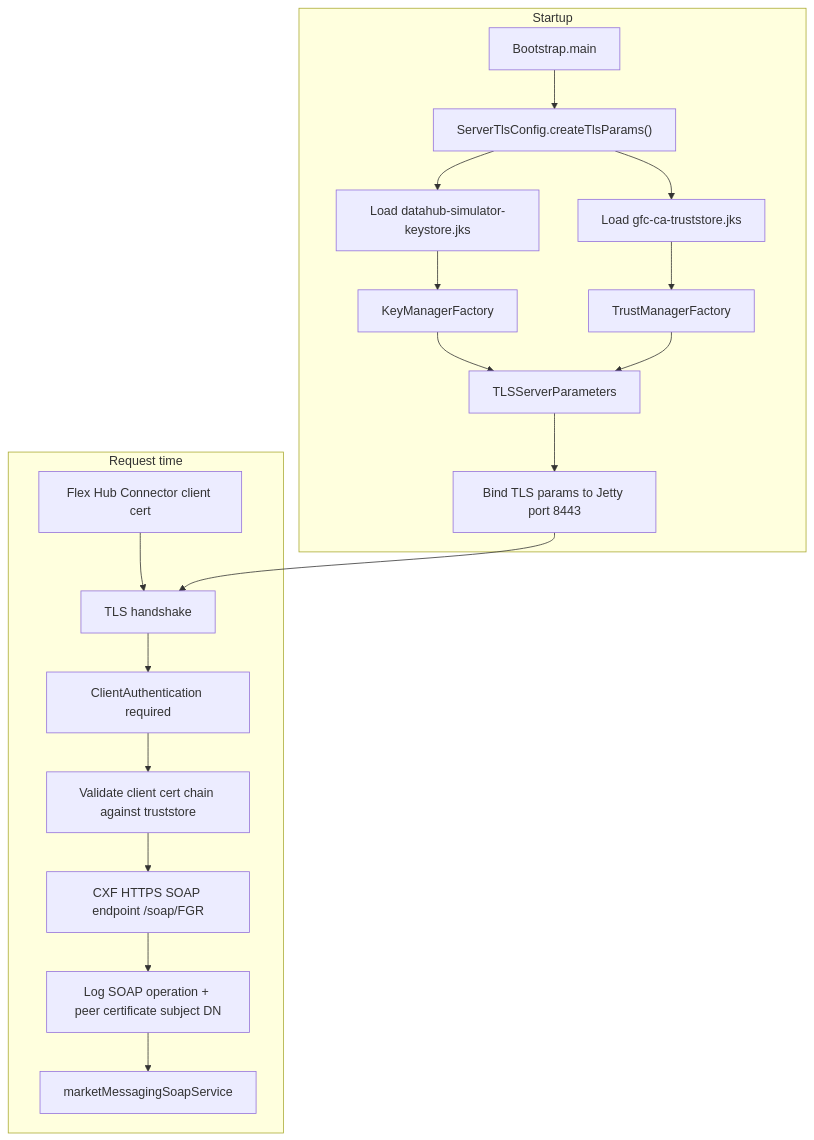
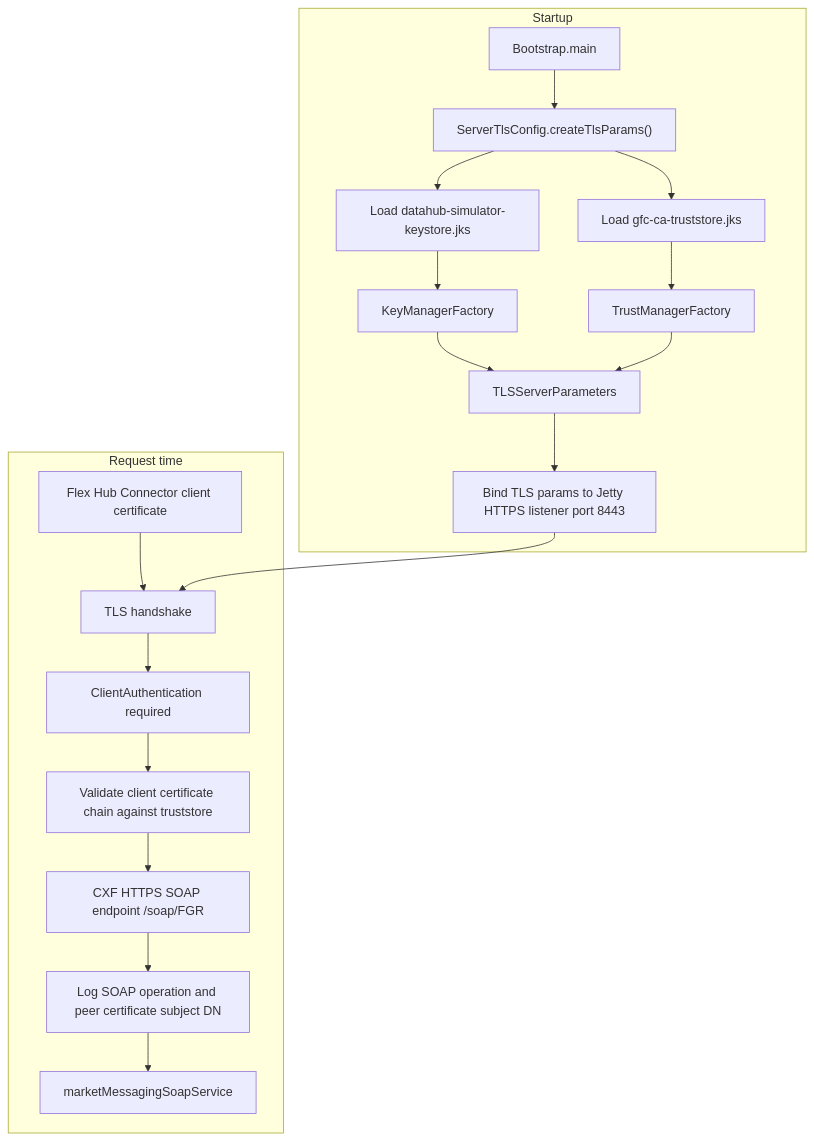
Before and after one commit to sbhrwl/microservices: the diagram in app/switching/ServerTlsConfig.md, drawn with Mermaid. The commit also changed other lines of this file, not shown here.

`````diff
--- a/app/switching/ServerTlsConfig.md
+++ b/app/switching/ServerTlsConfig.md
@@ -19,28 +45,33 @@
 ```mermaid
 flowchart TD
   subgraph "Startup"
     A["Bootstrap.main"] --> B["ServerTlsConfig.createTlsParams()"]
+
     B --> C["Load datahub-simulator-keystore.jks"]
     C --> D["KeyManagerFactory"]
 
     B --> E["Load gfc-ca-truststore.jks"]
     E --> F["TrustManagerFactory"]
 
     D --> G["TLSServerParameters"]
     F --> G
 
-    G --> H["Bind TLS params to Jetty port 8443"]
+    G --> H["Bind TLS params to Jetty HTTPS listener port 8443"]
   end
 
   subgraph "Request time"
-    I["Flex Hub Connector client cert"] --> J["TLS handshake"]
+    I["Flex Hub Connector client certificate"] --> J["TLS handshake"]
+
     H --> J
 
     J --> K["ClientAuthentication required"]
-    K --> L["Validate client cert chain against truststore"]
+
+    K --> L["Validate client certificate chain against truststore"]
 
     L --> M["CXF HTTPS SOAP endpoint /soap/FGR"]
-    M --> N["Log SOAP operation + peer certificate subject DN"]
+
+    M --> N["Log SOAP operation and peer certificate subject DN"]
+
     N --> O["marketMessagingSoapService"]
   end
-```
+````
`````
